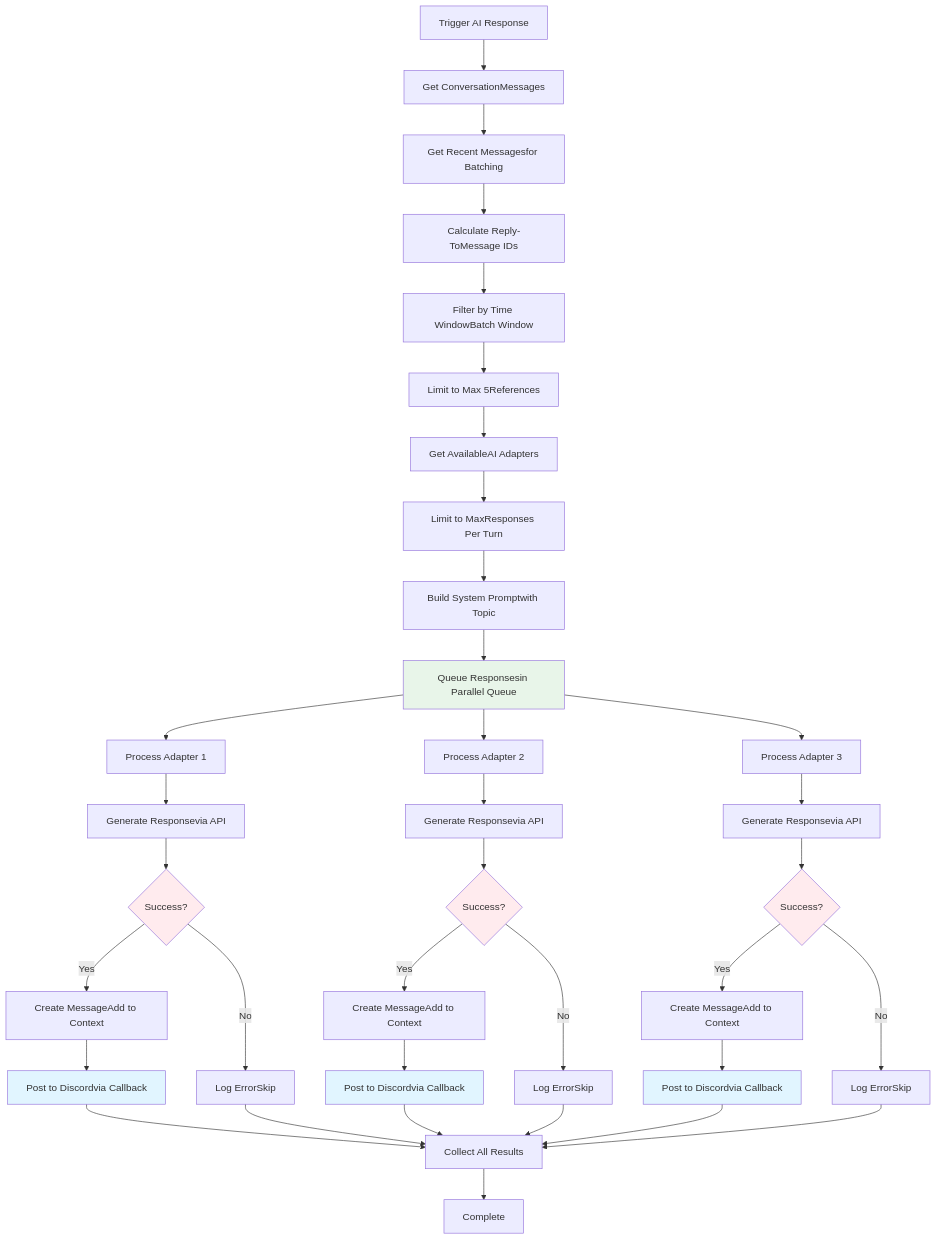
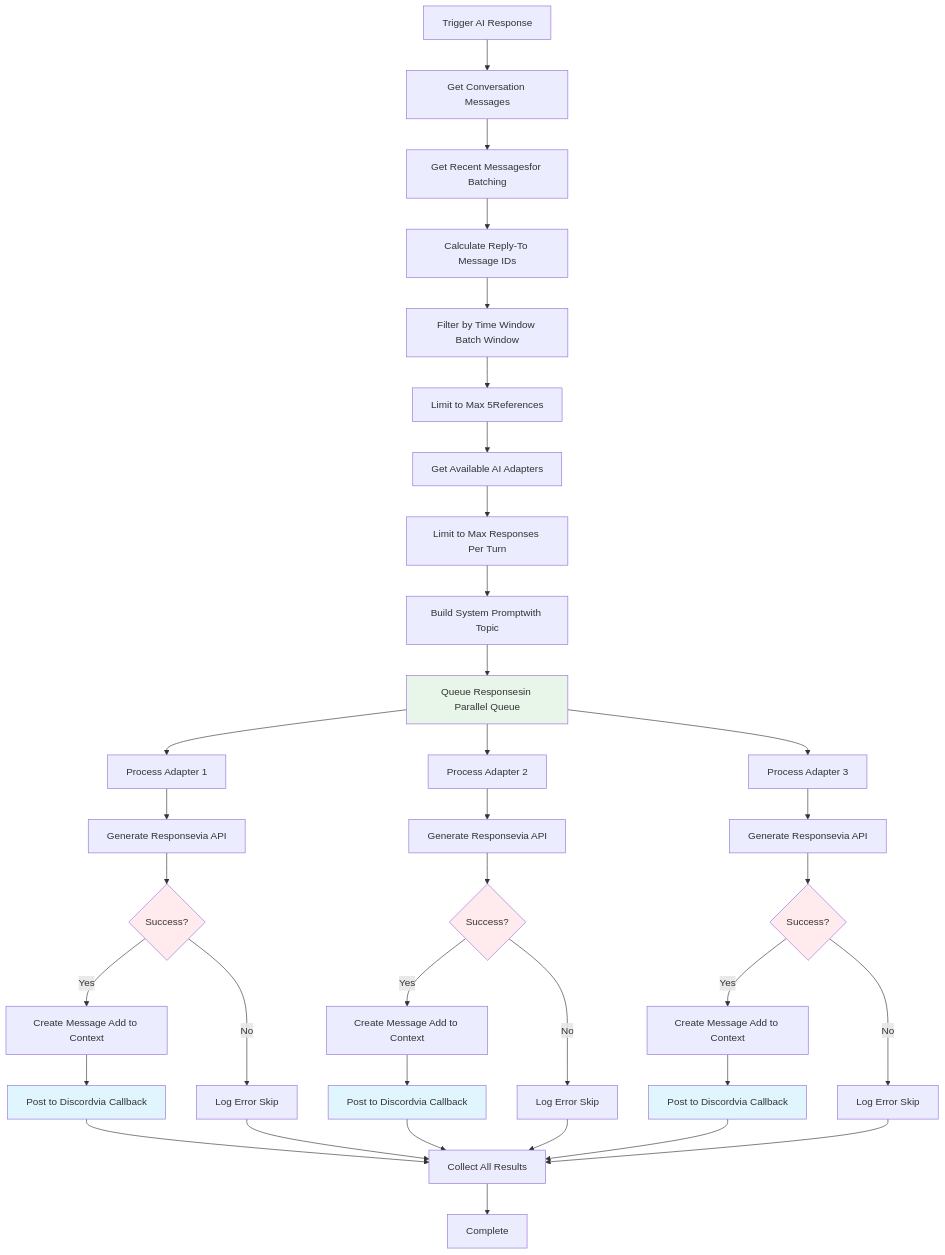
Diagram 11 of 16 in ARCHITECTURE.md (jak-pan/super-brainstorm-bot), drawn with Mermaid before and after one commit. The commit also changed other lines of this file, not shown here.

Commit message:
Fix: Add missing spaces in Mermaid diagram labels after br tag removal

````diff
--- a/ARCHITECTURE.md
+++ b/ARCHITECTURE.md
@@ -720,57 +720,57 @@
 ```mermaid
 flowchart TD
-    Trigger[Trigger AI Response] --> GetMessages[Get ConversationMessages]
+    Trigger[Trigger AI Response] --> GetMessages[Get Conversation Messages]
     GetMessages --> GetRecent[Get Recent Messagesfor Batching]
-    GetRecent --> CalculateReplyTo[Calculate Reply-ToMessage IDs]
+    GetRecent --> CalculateReplyTo[Calculate Reply-To Message IDs]
     
-    CalculateReplyTo --> FilterTime[Filter by Time WindowBatch Window]
+    CalculateReplyTo --> FilterTime[Filter by Time Window Batch Window]
     FilterTime --> LimitRefs[Limit to Max 5References]
     
-    LimitRefs --> GetAdapters[Get AvailableAI Adapters]
-    GetAdapters --> LimitAdapters[Limit to MaxResponses Per Turn]
+    LimitRefs --> GetAdapters[Get Available AI Adapters]
+    GetAdapters --> LimitAdapters[Limit to Max Responses Per Turn]
     
     LimitAdapters --> BuildPrompt[Build System Promptwith Topic]
     BuildPrompt --> QueueParallel[Queue Responsesin Parallel Queue]
     
     QueueParallel --> ProcessAdapter1[Process Adapter 1]
     QueueParallel --> ProcessAdapter2[Process Adapter 2]
     QueueParallel --> ProcessAdapter3[Process Adapter 3]
     
     ProcessAdapter1 --> Generate1[Generate Responsevia API]
     ProcessAdapter2 --> Generate2[Generate Responsevia API]
     ProcessAdapter3 --> Generate3[Generate Responsevia API]
     
     Generate1 --> CheckSuccess1{Success?}
     Generate2 --> CheckSuccess2{Success?}
     Generate3 --> CheckSuccess3{Success?}
     
-    CheckSuccess1 -->|Yes| CreateMsg1[Create MessageAdd to Context]
-    CheckSuccess1 -->|No| LogError1[Log ErrorSkip]
+    CheckSuccess1 -->|Yes| CreateMsg1[Create Message Add to Context]
+    CheckSuccess1 -->|No| LogError1[Log Error Skip]
     
-    CheckSuccess2 -->|Yes| CreateMsg2[Create MessageAdd to Context]
-    CheckSuccess2 -->|No| LogError2[Log ErrorSkip]
+    CheckSuccess2 -->|Yes| CreateMsg2[Create Message Add to Context]
+    CheckSuccess2 -->|No| LogError2[Log Error Skip]
     
-    CheckSuccess3 -->|Yes| CreateMsg3[Create MessageAdd to Context]
-    CheckSuccess3 -->|No| LogError3[Log ErrorSkip]
+    CheckSuccess3 -->|Yes| CreateMsg3[Create Message Add to Context]
+    CheckSuccess3 -->|No| LogError3[Log Error Skip]
     
     CreateMsg1 --> PostDiscord1[Post to Discordvia Callback]
     CreateMsg2 --> PostDiscord2[Post to Discordvia Callback]
     CreateMsg3 --> PostDiscord3[Post to Discordvia Callback]
     
     PostDiscord1 --> CollectResults[Collect All Results]
     PostDiscord2 --> CollectResults
     PostDiscord3 --> CollectResults
     LogError1 --> CollectResults
     LogError2 --> CollectResults
     LogError3 --> CollectResults
     
     CollectResults --> Complete[Complete]
     
     style QueueParallel fill:#e8f5e9
     style CheckSuccess1 fill:#ffebee
     style CheckSuccess2 fill:#ffebee
     style CheckSuccess3 fill:#ffebee
     style PostDiscord1 fill:#e1f5ff
     style PostDiscord2 fill:#e1f5ff
     style PostDiscord3 fill:#e1f5ff
 ```
````
